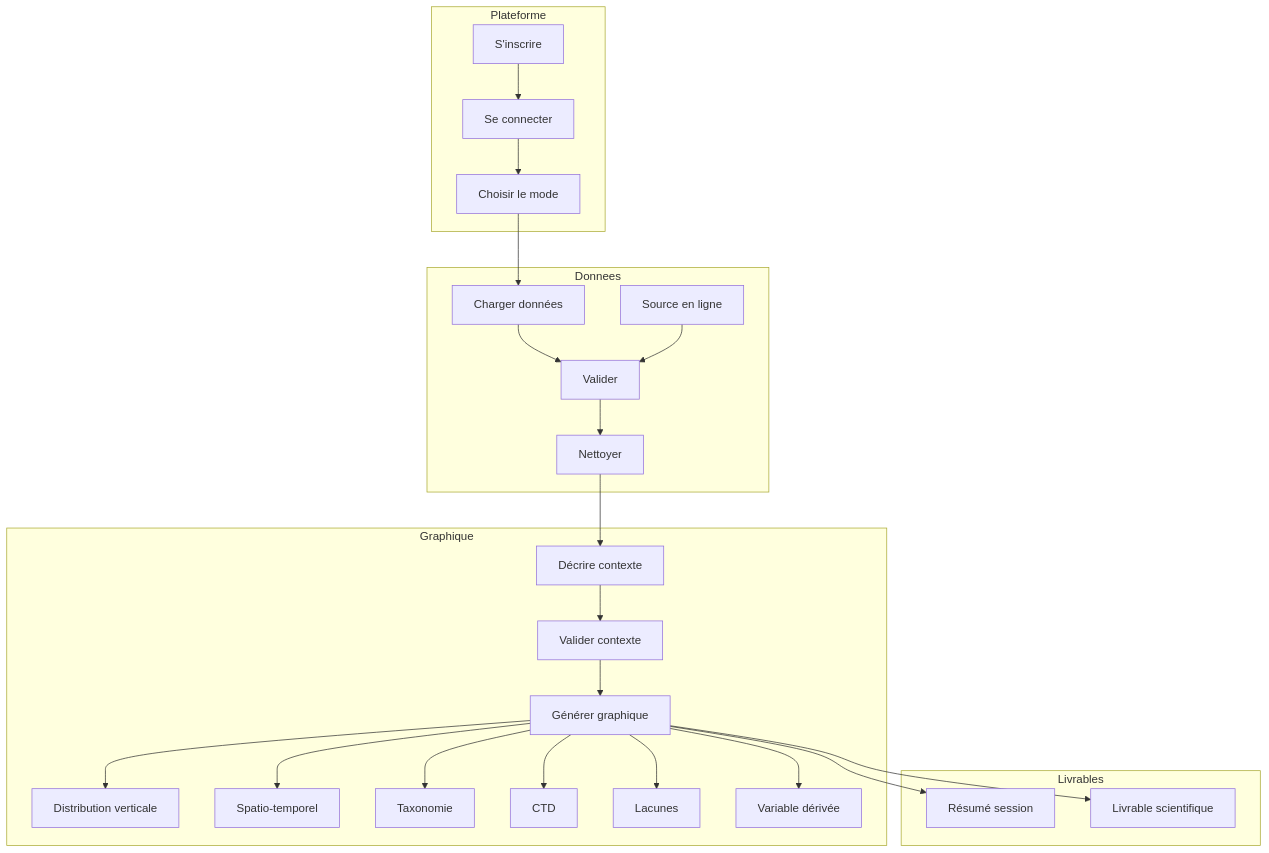
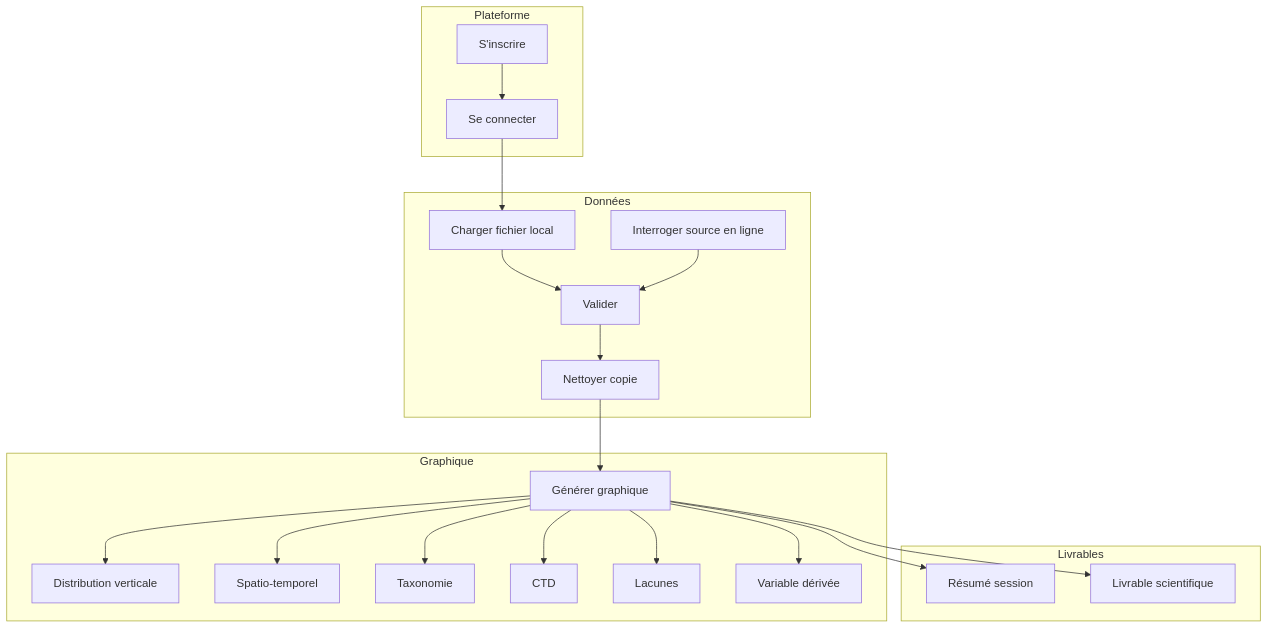
One commit to TidianeCisse777/assistant-copepodes-specs changed the second of 2 diagrams in docs/PRD_IDEA_copepod.md. Above: the diagram before and after it, drawn with Mermaid. The commit also changed other lines of this file and 2 other files, not shown here.

````diff
--- a/docs/PRD_IDEA_copepod.md
+++ b/docs/PRD_IDEA_copepod.md
@@ -128,30 +112,28 @@
 ```mermaid
 flowchart TD
     subgraph P[Plateforme]
-        UC00[S'inscrire] --> UC01[Se connecter] --> UC02[Choisir le mode]
+        UC00[S'inscrire] --> UC01[Se connecter]
     end
-    subgraph D[Donnees]
-        UC03[Charger données] --> UC05[Valider]
-        UC04[Source en ligne] --> UC05
-        UC05 --> UC06[Nettoyer]
+    subgraph D[Données]
+        UC02[Charger fichier local] --> UC04[Valider]
+        UC03[Interroger source en ligne] --> UC04
+        UC04 --> UC05[Nettoyer copie]
     end
     subgraph G[Graphique]
-        UC07[Décrire contexte] --> UC08[Valider contexte]
-        UC08 --> UC09[Générer graphique]
-        UC09 --> UC10[Distribution verticale]
-        UC09 --> UC11[Spatio-temporel]
-        UC09 --> UC12[Taxonomie]
-        UC09 --> UC13[CTD]
-        UC09 --> UC14[Lacunes]
-        UC09 --> UC15[Variable dérivée]
+        UC06[Générer graphique] --> UC07[Distribution verticale]
+        UC06 --> UC08[Spatio-temporel]
+        UC06 --> UC09[Taxonomie]
+        UC06 --> UC10[CTD]
+        UC06 --> UC11[Lacunes]
+        UC06 --> UC12[Variable dérivée]
     end
     subgraph L[Livrables]
-        UC16[Résumé session]
-        UC17[Livrable scientifique]
+        UC13[Résumé session]
+        UC14[Livrable scientifique]
     end
 
-    UC02 --> UC03
-    UC06 --> UC07
-    UC09 --> UC16
-    UC09 --> UC17
+    UC01 --> UC02
+    UC05 --> UC06
+    UC06 --> UC13
+    UC06 --> UC14
 ```
````
